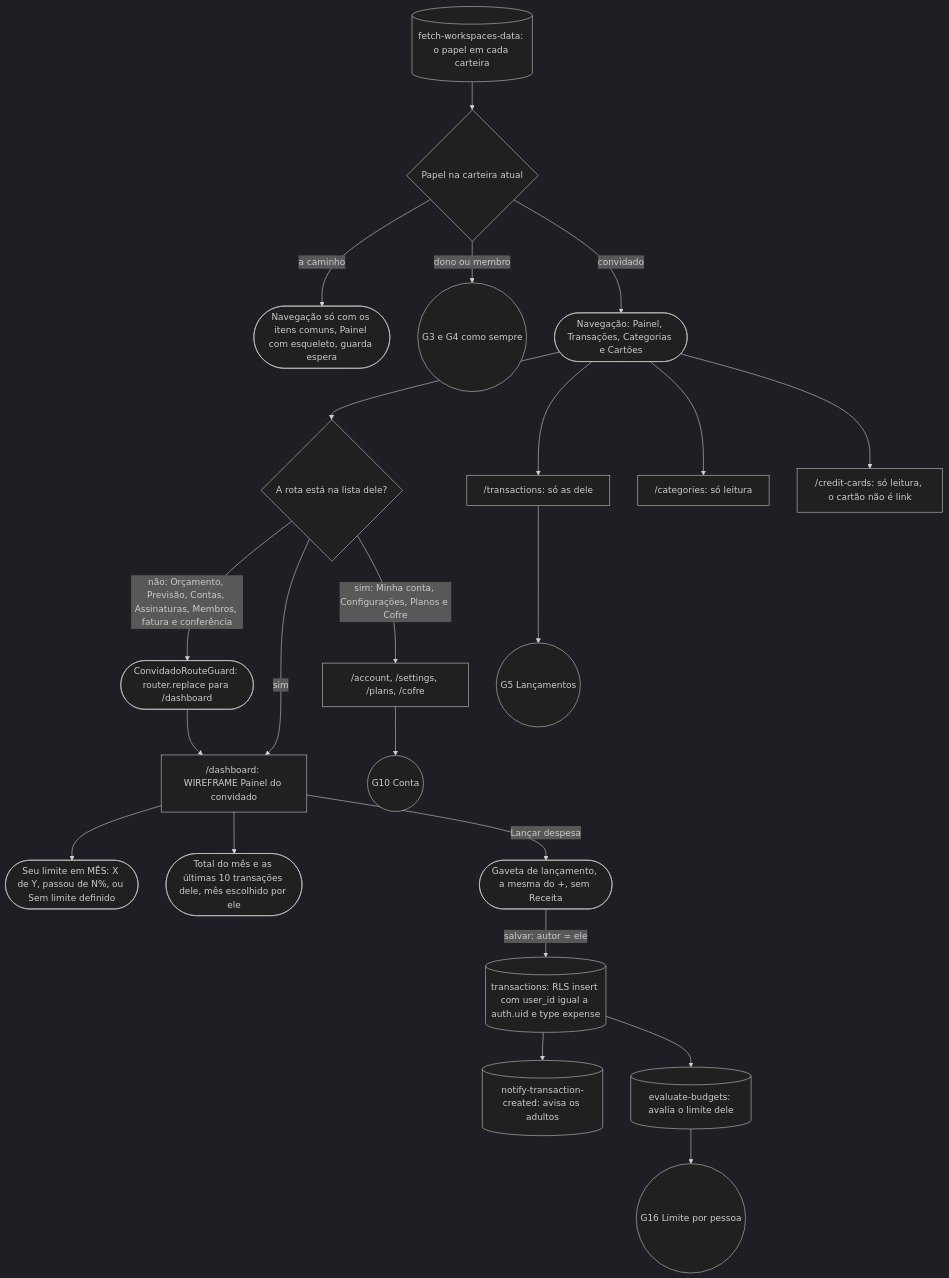
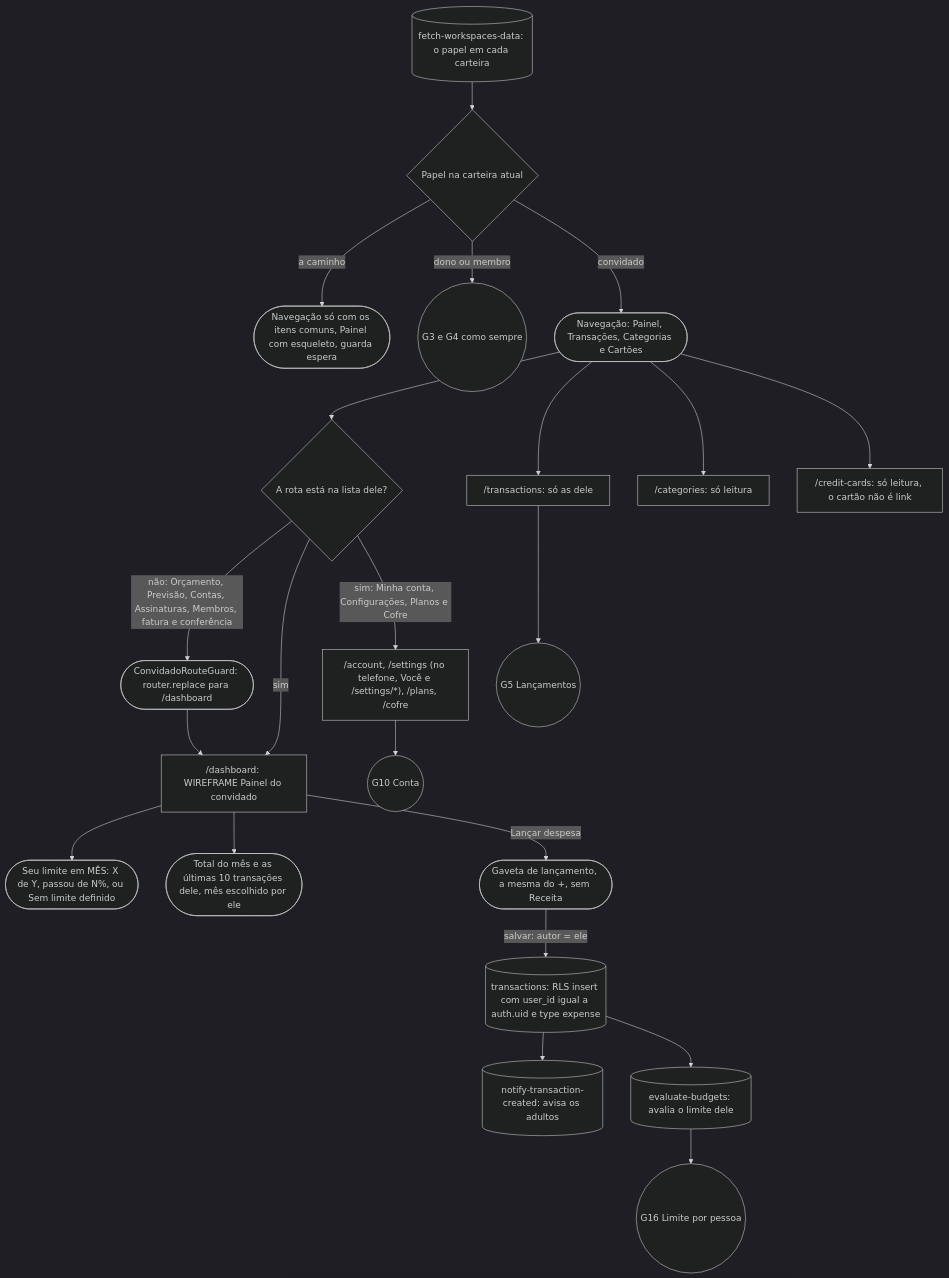
Before and after one commit to kauax2000/finance_app: diagram 23 of 32 in docs/JORNADAS.md, drawn with Mermaid. The commit also changed other lines of this file and 14 other files, not shown here.

````diff
--- a/docs/JORNADAS.md
+++ b/docs/JORNADAS.md
@@ -1705,25 +1705,25 @@
 ```mermaid
 %%{init: {"theme": "dark"}}%%
 flowchart TD
     carteiras[("fetch-workspaces-data: o papel em cada carteira")] --> papelQ{"Papel na carteira atual"}
     papelQ -->|"a caminho"| espera(["Navegação só com os itens comuns, Painel com esqueleto, guarda espera"])
     papelQ -->|"dono ou membro"| casa(("G3 e G4 como sempre"))
     papelQ -->|"convidado"| navCv(["Navegação: Painel, Transações, Categorias e Cartões"])
     navCv --> rota{"A rota está na lista dele?"}
     rota -->|"não: Orçamento, Previsão, Contas, Assinaturas, Membros, fatura e conferência"| volta(["ConvidadoRouteGuard: router.replace para /dashboard"])
     rota -->|"sim"| painelCv["/dashboard: WIREFRAME Painel do convidado"]
     volta --> painelCv
     painelCv --> limiteCv(["Seu limite em MÊS: X de Y, passou de N%, ou Sem limite definido"])
     painelCv --> totalCv(["Total do mês e as últimas 10 transações dele, mês escolhido por ele"])
     painelCv -->|"Lançar despesa"| formCv(["Gaveta de lançamento, a mesma do +, sem Receita"])
     formCv -->|"salvar: autor = ele"| insere[("transactions: RLS insert com user_id igual a auth.uid e type expense")]
     insere --> avisaCasa[("notify-transaction-created: avisa os adultos")]
     insere --> avalia[("evaluate-budgets: avalia o limite dele")]
     avalia --> G16(("G16 Limite por pessoa"))
     navCv --> transCv["/transactions: só as dele"]
     transCv --> G5(("G5 Lançamentos"))
     navCv --> catsCv["/categories: só leitura"]
     navCv --> cardsCv["/credit-cards: só leitura, o cartão não é link"]
-    rota -->|"sim: Minha conta, Configurações, Planos e Cofre"| contaCv["/account, /settings, /plans, /cofre"]
+    rota -->|"sim: Minha conta, Configurações, Planos e Cofre"| contaCv["/account, /settings (no telefone, Você e /settings/*), /plans, /cofre"]
     contaCv --> G10(("G10 Conta"))
 ```
````
